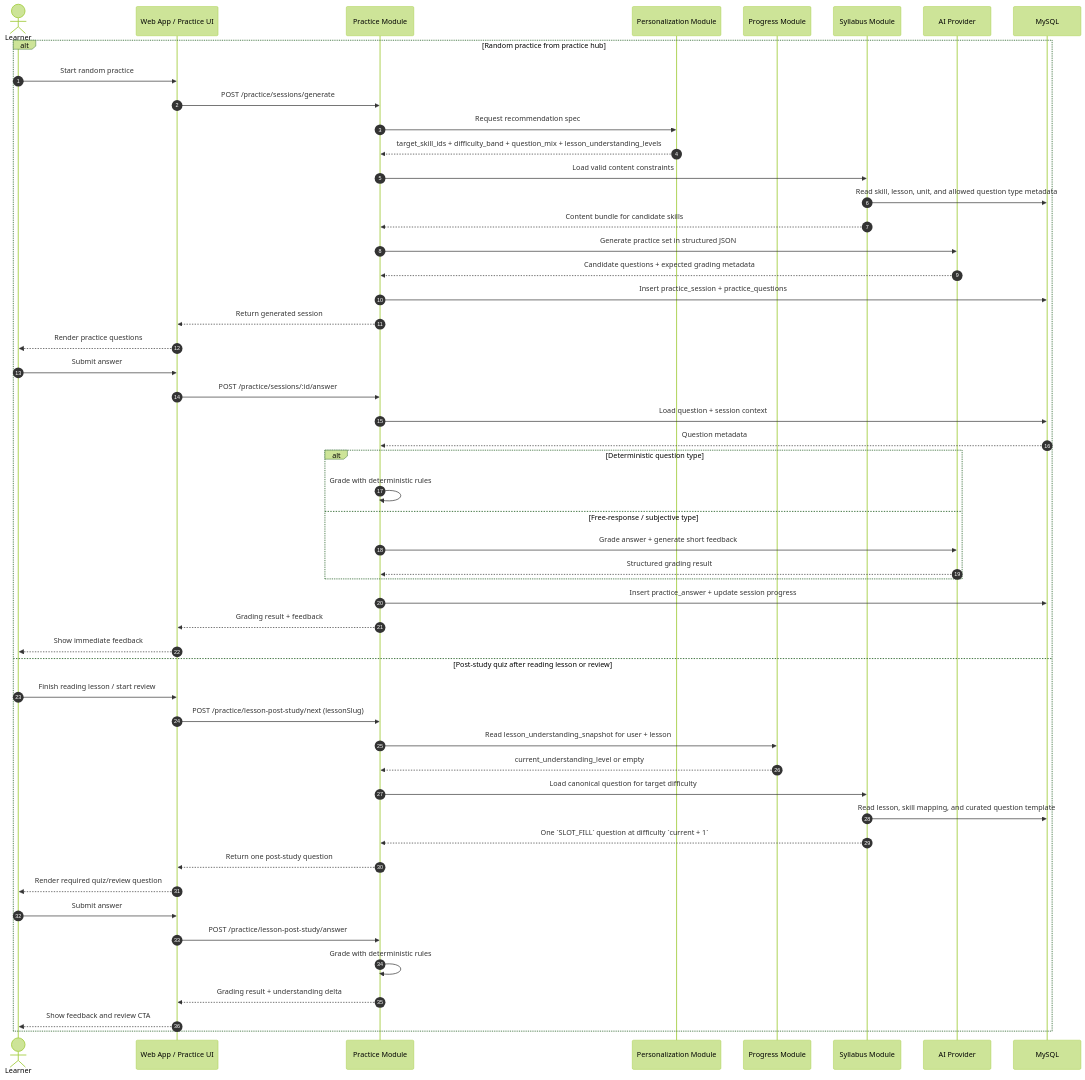
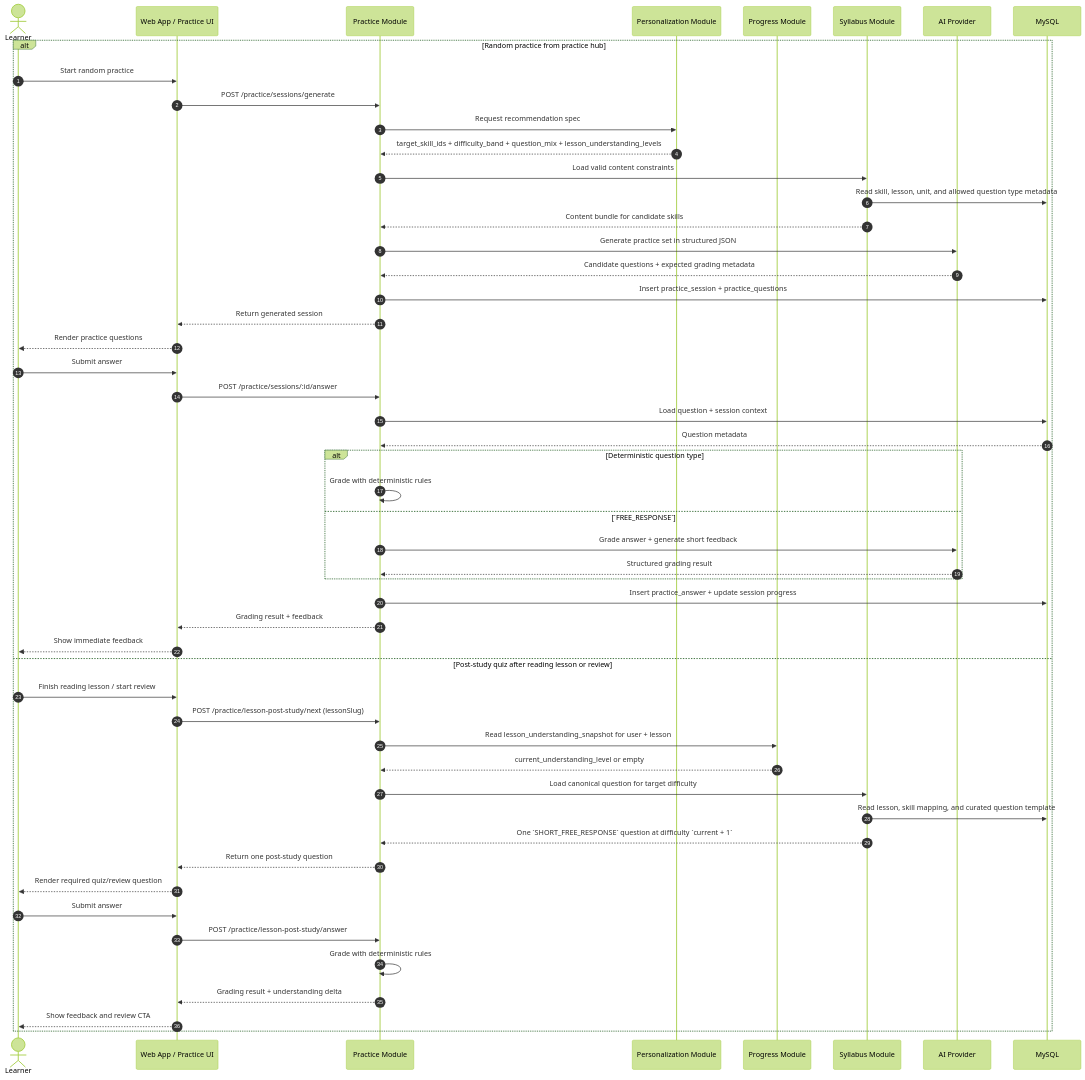
Before and after one commit to bpkcongli/kotoba-hub: the diagram in docs/sequence-diagram/random-question-generator-and-answer-evaluation.md, drawn with Mermaid (forest theme). The commit also changed other lines of this file and 18 other files, not shown here.

Commit message:
docs: define new question type FREE_RESPONSE; update lesson post-study quiz to use SHORT_FREE_RESPONSE question type

````diff
--- a/docs/sequence-diagram/random-question-generator-and-answer-evaluation.md
+++ b/docs/sequence-diagram/random-question-generator-and-answer-evaluation.md
@@ -10,62 +10,62 @@
 ```mermaid
 sequenceDiagram
     autonumber
     actor Learner
     participant App as Web App / Practice UI
     participant Practice as Practice Module
     participant Personalization as Personalization Module
     participant Progress as Progress Module
     participant Syllabus as Syllabus Module
     participant AI as AI Provider
     participant DB as MySQL
 
     alt Random practice from practice hub
         Learner->>App: Start random practice
         App->>Practice: POST /practice/sessions/generate
         Practice->>Personalization: Request recommendation spec
         Personalization-->>Practice: target_skill_ids + difficulty_band + question_mix + lesson_understanding_levels
 
         Practice->>Syllabus: Load valid content constraints
         Syllabus->>DB: Read skill, lesson, unit, and allowed question type metadata
         Syllabus-->>Practice: Content bundle for candidate skills
 
         Practice->>AI: Generate practice set in structured JSON
         AI-->>Practice: Candidate questions + expected grading metadata
 
         Practice->>DB: Insert practice_session + practice_questions
         Practice-->>App: Return generated session
         App-->>Learner: Render practice questions
 
         Learner->>App: Submit answer
         App->>Practice: POST /practice/sessions/:id/answer
         Practice->>DB: Load question + session context
         DB-->>Practice: Question metadata
 
         alt Deterministic question type
             Practice->>Practice: Grade with deterministic rules
-        else Free-response / subjective type
+        else `FREE_RESPONSE`
             Practice->>AI: Grade answer + generate short feedback
             AI-->>Practice: Structured grading result
         end
 
         Practice->>DB: Insert practice_answer + update session progress
         Practice-->>App: Grading result + feedback
         App-->>Learner: Show immediate feedback
     else Post-study quiz after reading lesson or review
         Learner->>App: Finish reading lesson / start review
         App->>Practice: POST /practice/lesson-post-study/next (lessonSlug)
         Practice->>Progress: Read lesson_understanding_snapshot for user + lesson
         Progress-->>Practice: current_understanding_level or empty
         Practice->>Syllabus: Load canonical question for target difficulty
         Syllabus->>DB: Read lesson, skill mapping, and curated question template
-        Syllabus-->>Practice: One `SLOT_FILL` question at difficulty `current + 1`
+        Syllabus-->>Practice: One `SHORT_FREE_RESPONSE` question at difficulty `current + 1`
         Practice-->>App: Return one post-study question
         App-->>Learner: Render required quiz/review question
 
         Learner->>App: Submit answer
         App->>Practice: POST /practice/lesson-post-study/answer
         Practice->>Practice: Grade with deterministic rules
         Practice-->>App: Grading result + understanding delta
         App-->>Learner: Show feedback and review CTA
     end
 ```
````
